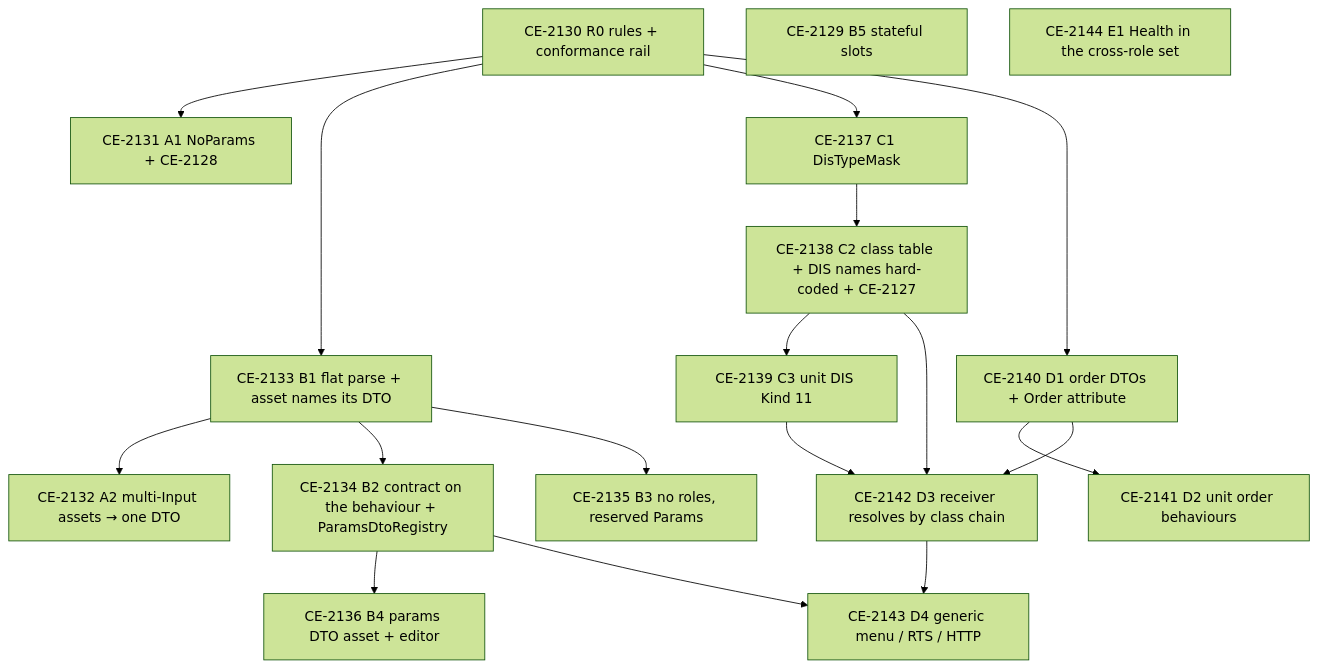
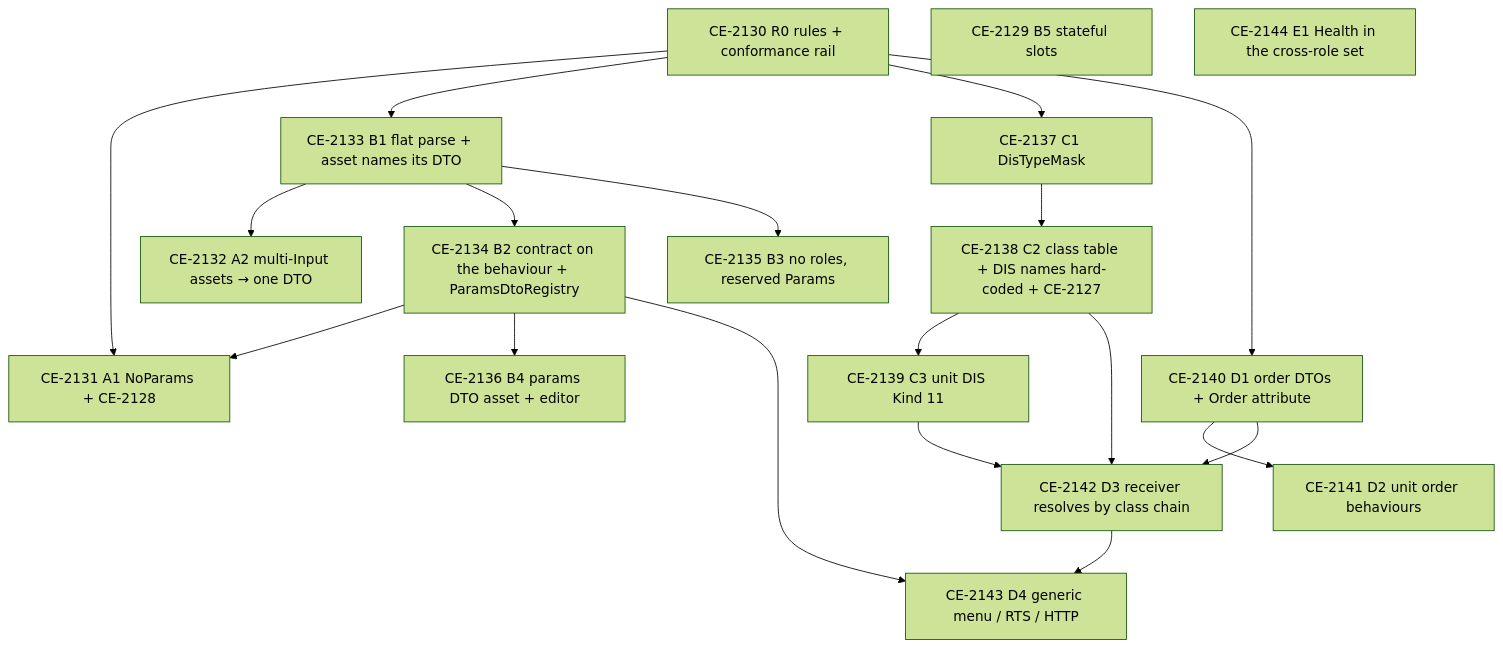
Before and after one commit to pjanec/HROT: the fifth of 5 diagrams in docs/DESIGN_Orders_Params_Entity_Classes.md, drawn with Mermaid (forest theme). The commit also changed other lines of this file and 4 other files, not shown here.

````diff
--- a/docs/DESIGN_Orders_Params_Entity_Classes.md
+++ b/docs/DESIGN_Orders_Params_Entity_Classes.md
@@ -200,35 +201,36 @@
 ```mermaid
 graph TD
   R0[CE-2130 R0 rules + conformance rail]
   A1[CE-2131 A1 NoParams + CE-2128]
   A2[CE-2132 A2 multi-Input assets → one DTO]
   B1[CE-2133 B1 flat parse + asset names its DTO]
   B2[CE-2134 B2 contract on the behaviour + ParamsDtoRegistry]
   B3[CE-2135 B3 no roles, reserved Params]
   B4[CE-2136 B4 params DTO asset + editor]
   B5[CE-2129 B5 stateful slots]
   C1[CE-2137 C1 DisTypeMask]
   C2[CE-2138 C2 class table + DIS names hard-coded + CE-2127]
   C3[CE-2139 C3 unit DIS Kind 11]
   D1[CE-2140 D1 order DTOs + Order attribute]
   D2[CE-2141 D2 unit order behaviours]
   D3[CE-2142 D3 receiver resolves by class chain]
   D4[CE-2143 D4 generic menu / RTS / HTTP]
   E1[CE-2144 E1 Health in the cross-role set]
   R0 --> A1
+  B2 --> A1
   R0 --> B1
   R0 --> C1
   R0 --> D1
   B1 --> A2
   B1 --> B2
   B1 --> B3
   B2 --> B4
   B2 --> D4
   C1 --> C2
   C2 --> C3
   C2 --> D3
   C3 --> D3
   D1 --> D2
   D1 --> D3
   D3 --> D4
 ```
````
